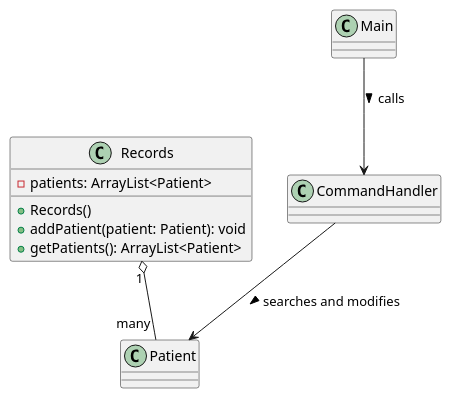
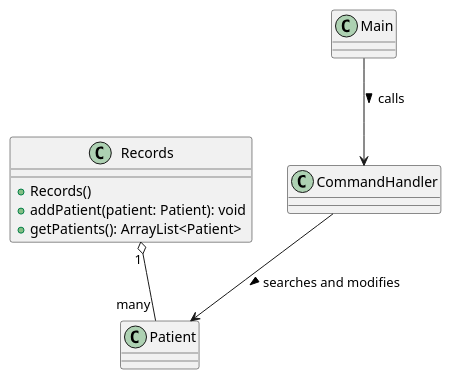
The diagram in docs/Records.puml (yentheng0110/tp), drawn with PlantUML before and after one commit.

Commit message:
Delete the ArrayList<Patient> attribute in Records class diagram because Records contain patients has been shown using an aggregation arrow

```diff
--- a/docs/Records.puml
+++ b/docs/Records.puml
@@ -1,21 +1,20 @@
 @startuml
 'https://plantuml.com/class-diagram
 
 class Records {
--patients: ArrayList<Patient>
 +Records()
 +addPatient(patient: Patient): void
 +getPatients(): ArrayList<Patient>
 }
 
 class Patient {}
 class Main {}
 class Records {}
 class CommandHandler {}
 
 Main --> CommandHandler : calls >
 CommandHandler --> Patient : searches and modifies >
 Records "1" o-- "many" Patient
 
 
 @enduml
```
